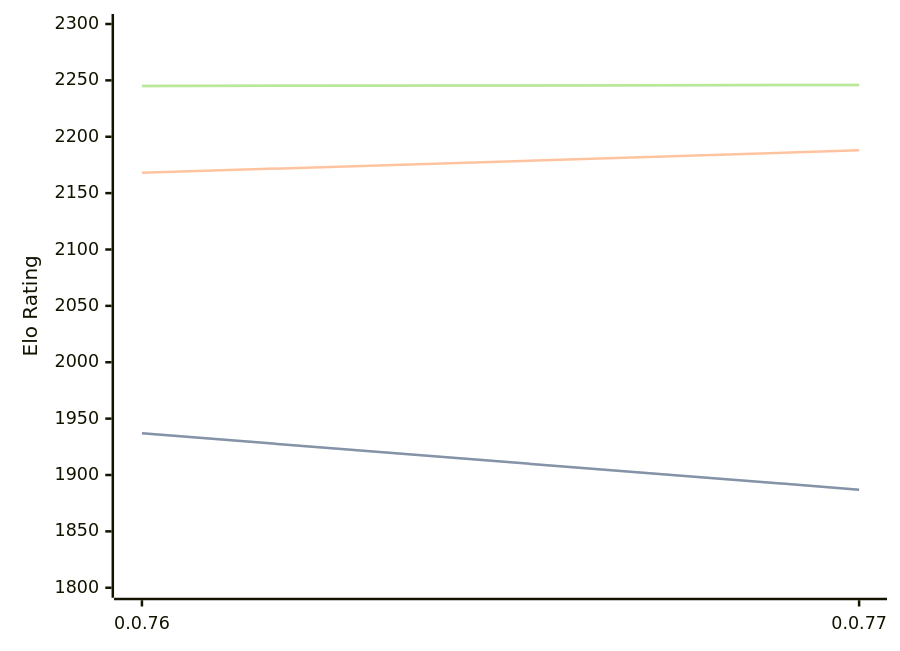
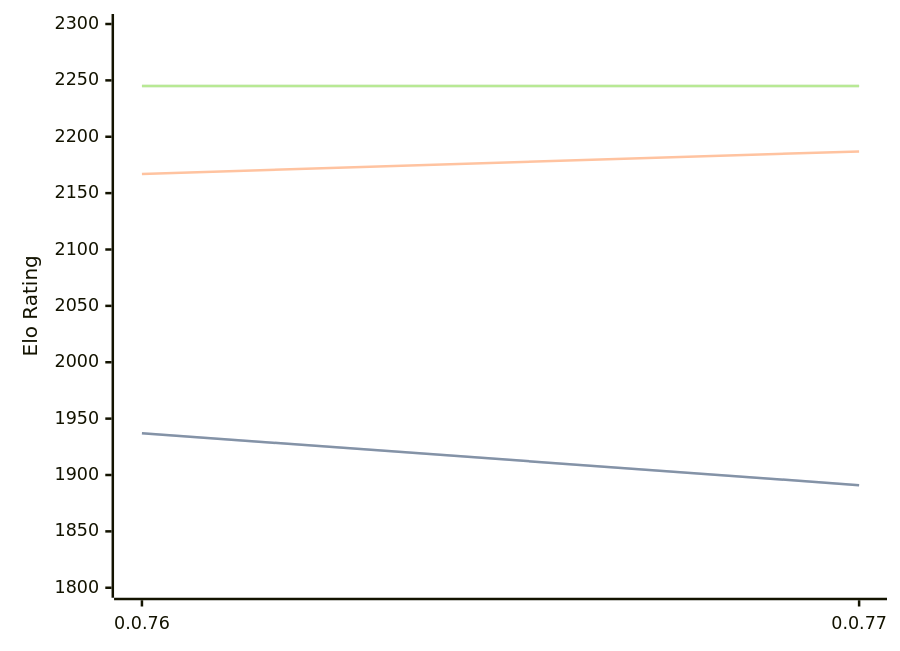
The diagram in engines/Fktb.md (computer-chess-index/cci), drawn with Mermaid before and after one commit. The commit also changed other lines of this file, not shown here.

Commit message:
Update CCI Ratings (ELO VLTC) - 2026-03-30

````diff
--- a/engines/Fktb.md
+++ b/engines/Fktb.md
@@ -32,11 +32,11 @@
 ```mermaid
 %%{init: {"theme":"base","themeVariables":{"seriesColors:['#a3a3a3','#222221','#faa371']}}}%%
 xychart-beta
   x-axis ["0.0.76", "0.0.77"]
   y-axis "Elo Rating" 1800 --> 2300
-  line "STC (8.0+0.08s)" [1937, 1887]
-  line "STC (8.0+0.08s)" [1937, 1887]
-  line "LTC (60.0+0.60s)" [2168, 2188]
-  line "VLTC (2m24s+1.12s)" [2245, 2246]
-  line "VLTC (2m24s+1.12s)" [2245, 2246]
+  line "STC (8.0+0.08s)" [1937, 1891]
+  line "STC (8.0+0.08s)" [1937, 1891]
+  line "LTC (60.0+0.60s)" [2167, 2187]
+  line "VLTC (2m24s+1.12s)" [2245, 2245]
+  line "VLTC (2m24s+1.12s)" [2245, 2245]
 ```
````
